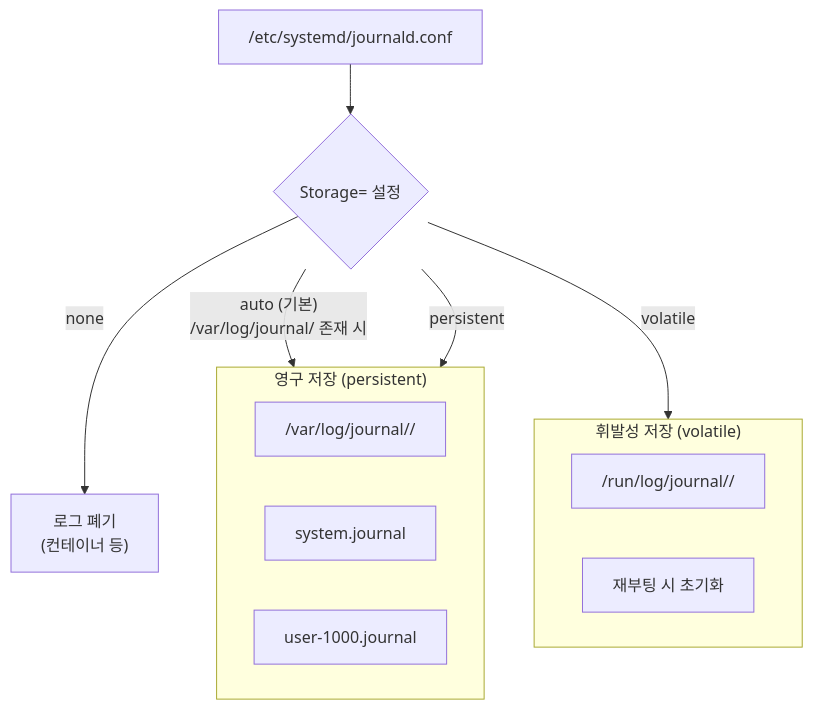
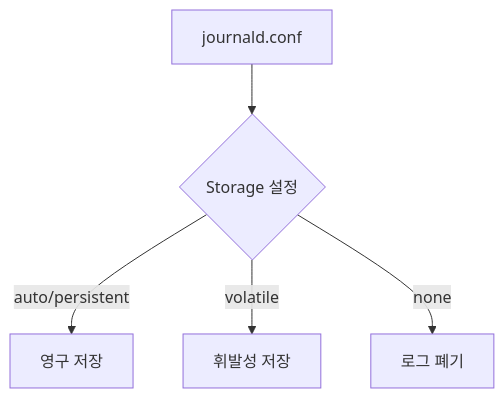
Before and after one commit to moonblueblue/devops-wiki: the fourth of 8 diagrams in content/linux/logging/system-logging.md, drawn with Mermaid. The commit also changed other lines of this file and 12 other files, not shown here.

First line of the commit message:
style: linux 섹션 전체 ASCII art 제거 및 Mermaid 규칙 적용

````diff
--- a/content/linux/logging/system-logging.md
+++ b/content/linux/logging/system-logging.md
@@ -425,22 +440,8 @@
 ```mermaid
-graph TD
-    CONF["/etc/systemd/journald.conf"]
-    CONF --> STORAGE{"Storage= 설정"}
-    STORAGE -- "auto (기본)\n/var/log/journal/ 존재 시" --> PERSIST
-    STORAGE -- "persistent" --> PERSIST
-    STORAGE -- "volatile" --> RUNTIME
-    STORAGE -- "none" --> NULL
-
-    subgraph PERSIST["영구 저장 (persistent)"]
-        P1["/var/log/journal/<machine-id>/"]
-        P2["system.journal"]
-        P3["user-1000.journal"]
-    end
-
-    subgraph RUNTIME["휘발성 저장 (volatile)"]
-        R1["/run/log/journal/<machine-id>/"]
-        R2["재부팅 시 초기화"]
-    end
-
-    NULL["로그 폐기\n(컨테이너 등)"]
+flowchart TD
+    CONF[journald.conf]
+    CONF --> STORAGE{Storage 설정}
+    STORAGE -- auto/persistent --> PERSIST[영구 저장]
+    STORAGE -- volatile --> RUNTIME[휘발성 저장]
+    STORAGE -- none --> NULL[로그 폐기]
 ```
````
